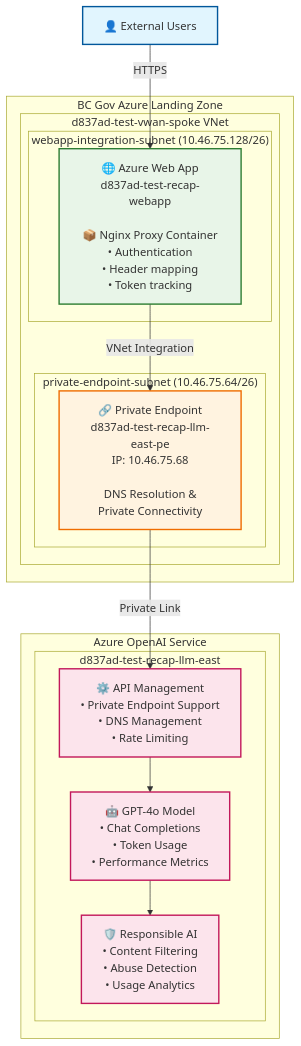
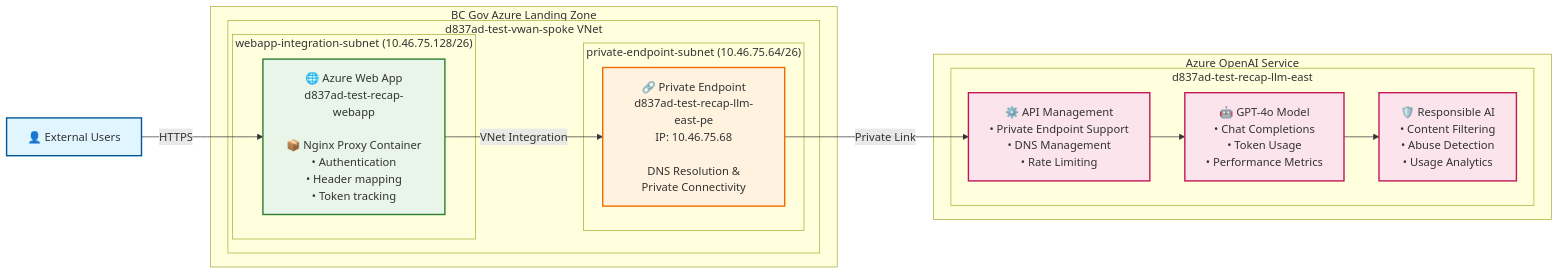
The first of 3 diagrams in RECAP-Architecture-Diagram.md (bcgov/RECAP), drawn with Mermaid before and after one commit.

Commit message:
Update architecture diagram

````diff
--- a/RECAP-Architecture-Diagram.md
+++ b/RECAP-Architecture-Diagram.md
@@ -21,38 +21,39 @@
 ```mermaid
-graph TB
+graph LR
+    Users["👤 External Users"] -->|HTTPS| WebApp
+    
     subgraph "BC Gov Azure Landing Zone"
         subgraph "d837ad-test-vwan-spoke VNet"
             subgraph "webapp-integration-subnet (10.46.75.128/26)"
                 WebApp["🌐 Azure Web App<br/>d837ad-test-recap-webapp<br/><br/>📦 Nginx Proxy Container<br/>• Authentication<br/>• Header mapping<br/>• Token tracking"]
             end
             
             subgraph "private-endpoint-subnet (10.46.75.64/26)"
                 PE["🔗 Private Endpoint<br/>d837ad-test-recap-llm-east-pe<br/>IP: 10.46.75.68<br/><br/>DNS Resolution &<br/>Private Connectivity"]
             end
         end
     end
     
     subgraph "Azure OpenAI Service"
         subgraph "d837ad-test-recap-llm-east"
             APIM["⚙️ API Management<br/>• Private Endpoint Support<br/>• DNS Management<br/>• Rate Limiting"]
             GPT["🤖 GPT-4o Model<br/>• Chat Completions<br/>• Token Usage<br/>• Performance Metrics"]
             RAI["🛡️ Responsible AI<br/>• Content Filtering<br/>• Abuse Detection<br/>• Usage Analytics"]
         end
     end
     
-    Users["👤 External Users"] -->|HTTPS| WebApp
     WebApp -->|VNet Integration| PE
     PE -->|Private Link| APIM
     APIM --> GPT
     GPT --> RAI
     
     classDef userStyle fill:#e1f5fe,stroke:#01579b,stroke-width:2px
     classDef webStyle fill:#e8f5e8,stroke:#2e7d32,stroke-width:2px
     classDef networkStyle fill:#fff3e0,stroke:#ef6c00,stroke-width:2px
     classDef aiStyle fill:#fce4ec,stroke:#c2185b,stroke-width:2px
     
     class Users userStyle
     class WebApp webStyle
     class PE networkStyle
     class APIM,GPT,RAI aiStyle
 ```
````
